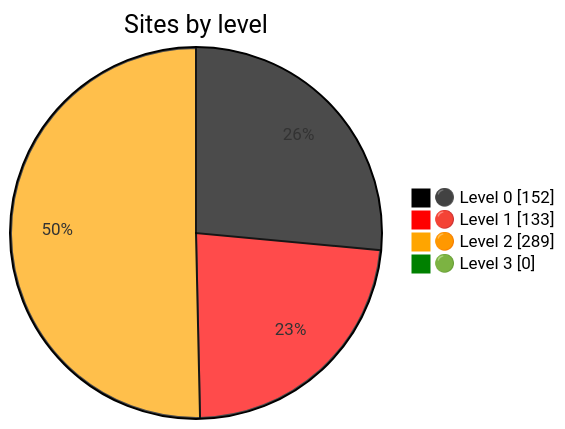
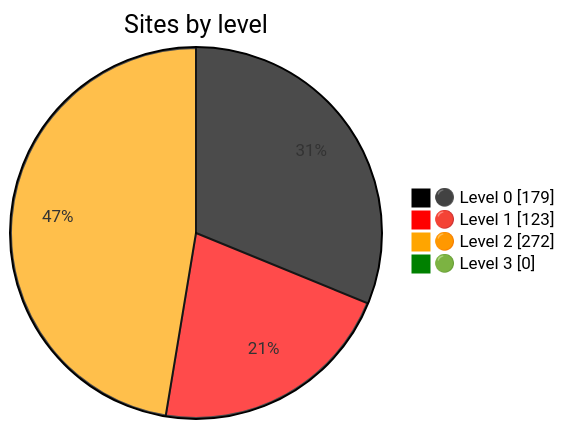
The diagram in README.md (nuuuwan/gov_lk_web_auditor), drawn with Mermaid before and after one commit. The commit also changed other lines of this file and 2622 other files, not shown here.

````diff
--- a/README.md
+++ b/README.md
@@ -24,9 +24,9 @@
 ```mermaid
 %%{init: {"themeVariables":{"pie1":"black","pie2":"red","pie3":"orange","pie4":"green"}}}%%
 pie showData
     title Sites by level
-    "⚫ Level 0" : 152
-    "🔴 Level 1" : 133
-    "🟠 Level 2" : 289
+    "⚫ Level 0" : 179
+    "🔴 Level 1" : 123
+    "🟠 Level 2" : 272
     "🟢 Level 3" : 0
 ```
````
